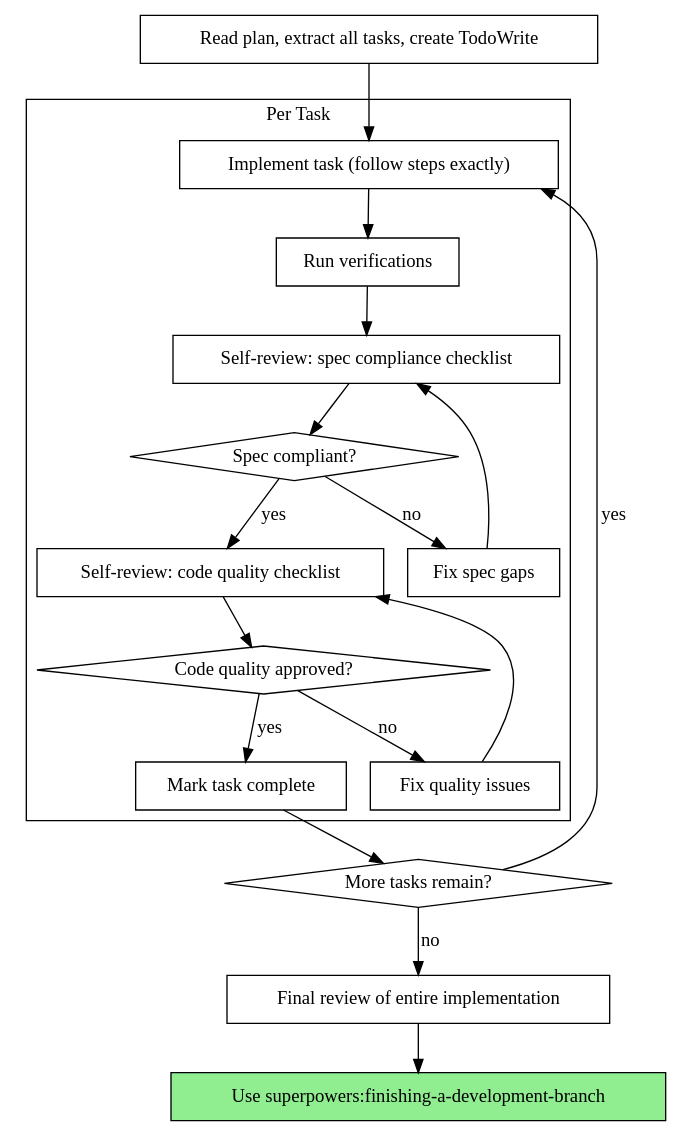
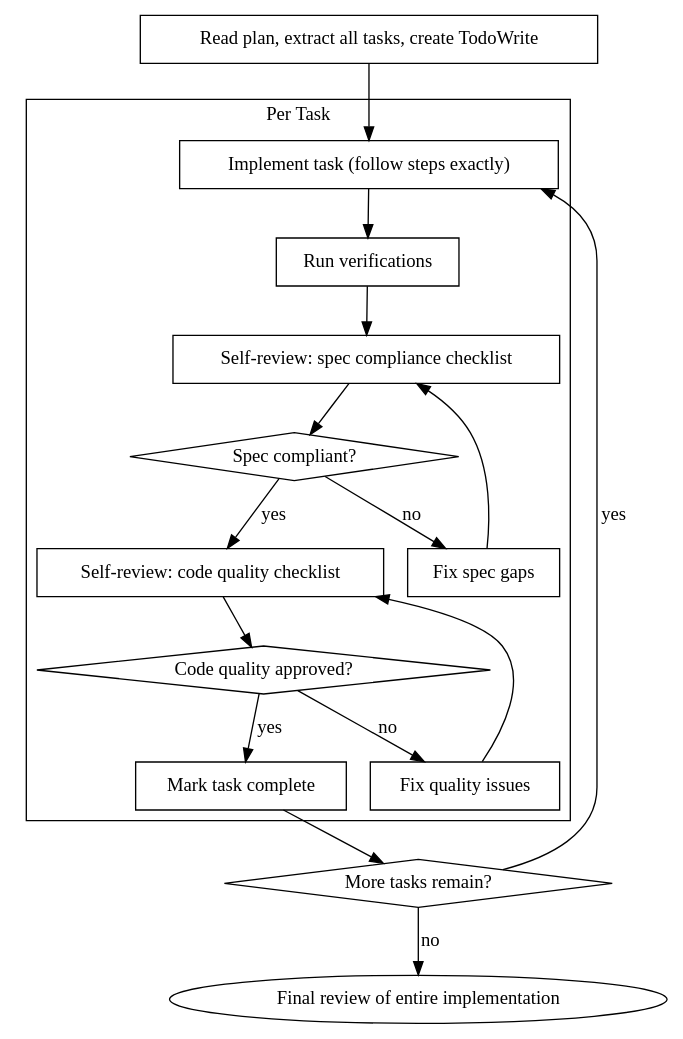
Before and after one commit to malikbenkirane/skilldrift: the diagram in skills/supervised-plan-execution/SKILL.md, drawn with Graphviz.

Commit message:
refactor(skills): remove finishing skill mention

````diff
--- a/skills/supervised-plan-execution/SKILL.md
+++ b/skills/supervised-plan-execution/SKILL.md
@@ -26,39 +26,36 @@
 ```dot
 digraph process {
     rankdir=TB;
 
     subgraph cluster_per_task {
         label="Per Task";
         "Implement task (follow steps exactly)" [shape=box];
         "Run verifications" [shape=box];
         "Self-review: spec compliance checklist" [shape=box];
         "Spec compliant?" [shape=diamond];
         "Fix spec gaps" [shape=box];
         "Self-review: code quality checklist" [shape=box];
         "Code quality approved?" [shape=diamond];
         "Fix quality issues" [shape=box];
         "Mark task complete" [shape=box];
     }
 
     "Read plan, extract all tasks, create TodoWrite" [shape=box];
     "More tasks remain?" [shape=diamond];
-    "Final review of entire implementation" [shape=box];
-    "Use superpowers:finishing-a-development-branch" [shape=box style=filled fillcolor=lightgreen];
 
     "Read plan, extract all tasks, create TodoWrite" -> "Implement task (follow steps exactly)";
     "Implement task (follow steps exactly)" -> "Run verifications";
     "Run verifications" -> "Self-review: spec compliance checklist";
     "Self-review: spec compliance checklist" -> "Spec compliant?";
     "Spec compliant?" -> "Fix spec gaps" [label="no"];
     "Fix spec gaps" -> "Self-review: spec compliance checklist";
     "Spec compliant?" -> "Self-review: code quality checklist" [label="yes"];
     "Self-review: code quality checklist" -> "Code quality approved?";
     "Code quality approved?" -> "Fix quality issues" [label="no"];
     "Fix quality issues" -> "Self-review: code quality checklist";
     "Code quality approved?" -> "Mark task complete" [label="yes"];
     "Mark task complete" -> "More tasks remain?";
     "More tasks remain?" -> "Implement task (follow steps exactly)" [label="yes"];
     "More tasks remain?" -> "Final review of entire implementation" [label="no"];
-    "Final review of entire implementation" -> "Use superpowers:finishing-a-development-branch";
 }
 ```
````
